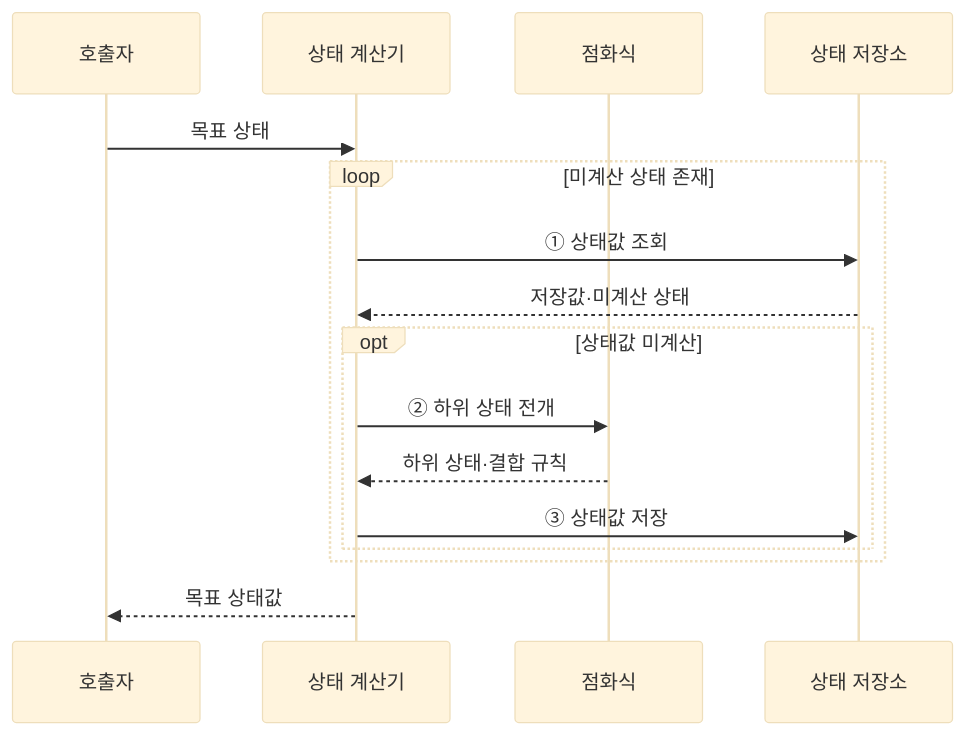
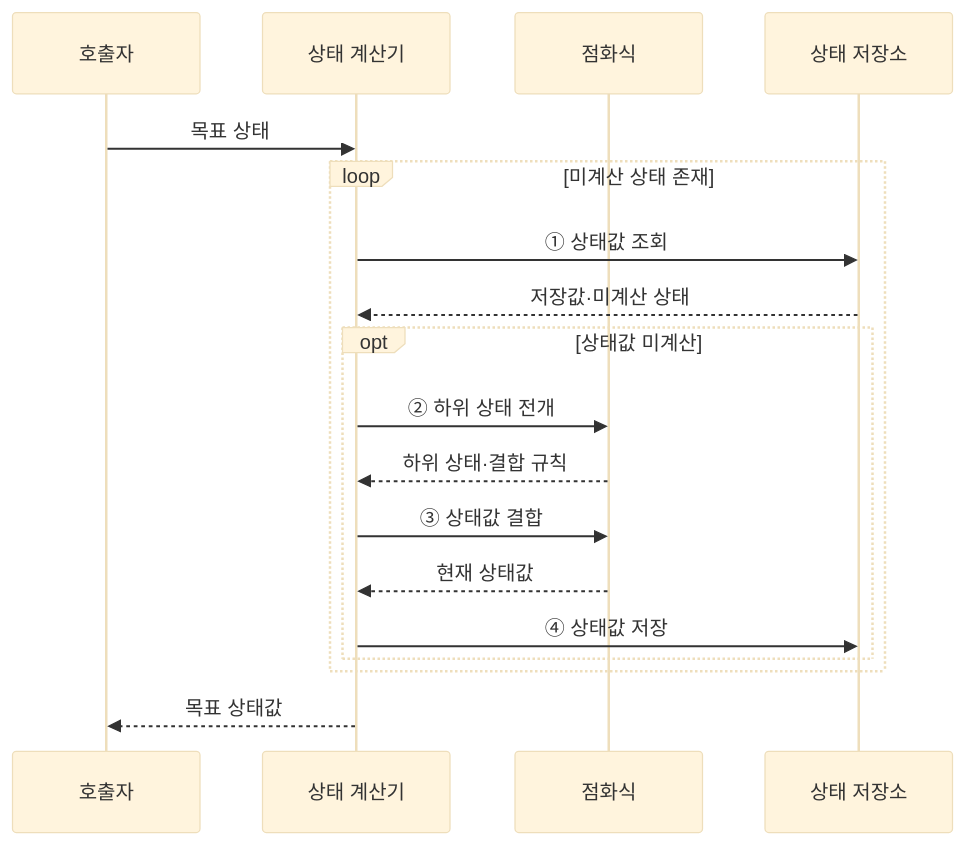
The second of 2 diagrams in src/content/docs/notes/01-basic-theory/013_dynamic_programming.md (agnusdei1207/knowledge-base), drawn with Mermaid (base theme) before and after one commit. The commit also changed other lines of this file and 13 other files, not shown here.

````diff
--- a/src/content/docs/notes/01-basic-theory/013_dynamic_programming.md
+++ b/src/content/docs/notes/01-basic-theory/013_dynamic_programming.md
@@ -86,18 +72,20 @@
 ```mermaid
 sequenceDiagram
     participant Q as 호출자
     participant P as 상태 계산기
     participant R as 점화식
     participant M as 상태 저장소
     Q->>P: 목표 상태
     loop 미계산 상태 존재
         P->>M: ① 상태값 조회
         M-->>P: 저장값·미계산 상태
         opt 상태값 미계산
             P->>R: ② 하위 상태 전개
             R-->>P: 하위 상태·결합 규칙
-            P->>M: ③ 상태값 저장
+            P->>R: ③ 상태값 결합
+            R-->>P: 현재 상태값
+            P->>M: ④ 상태값 저장
         end
     end
     P-->>Q: 목표 상태값
 ```
````
